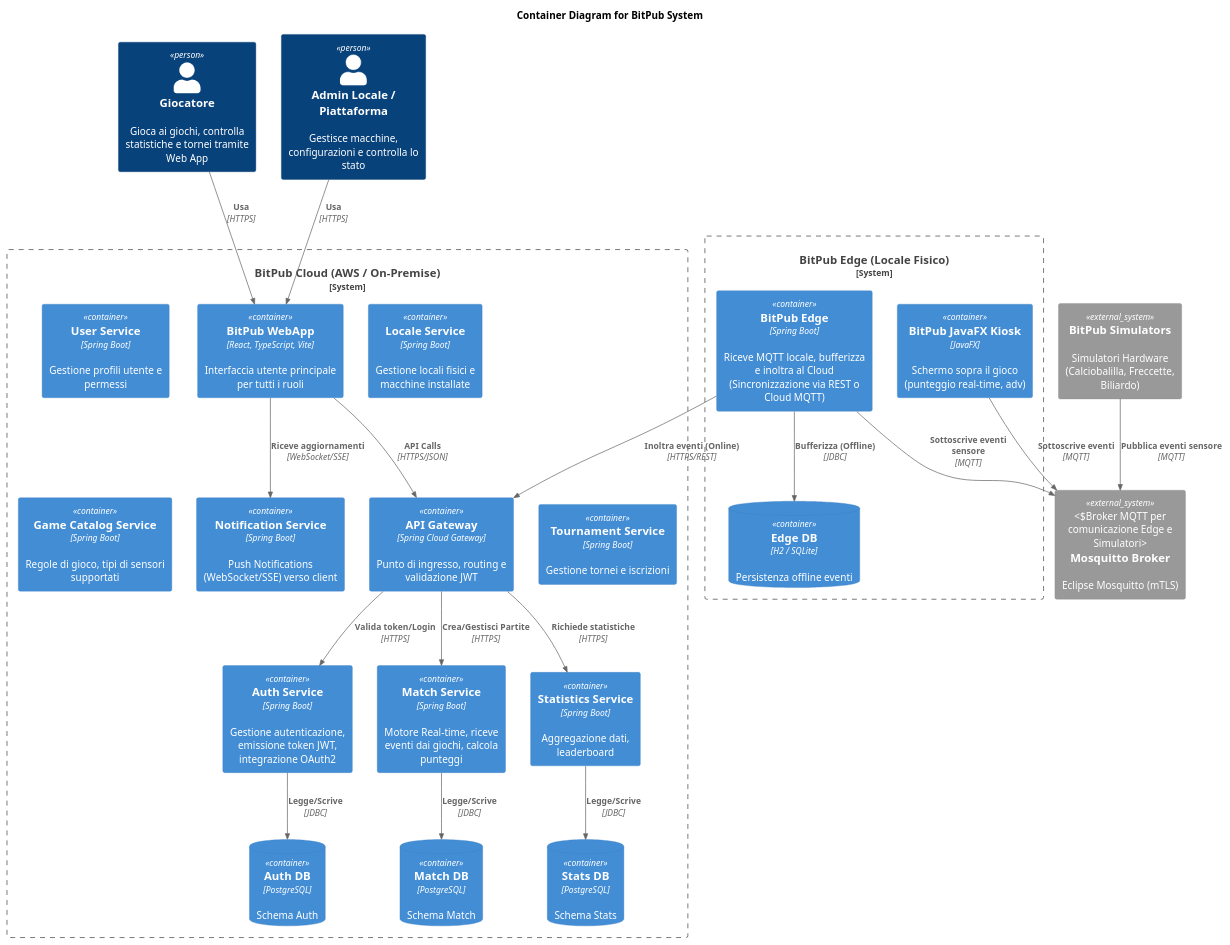
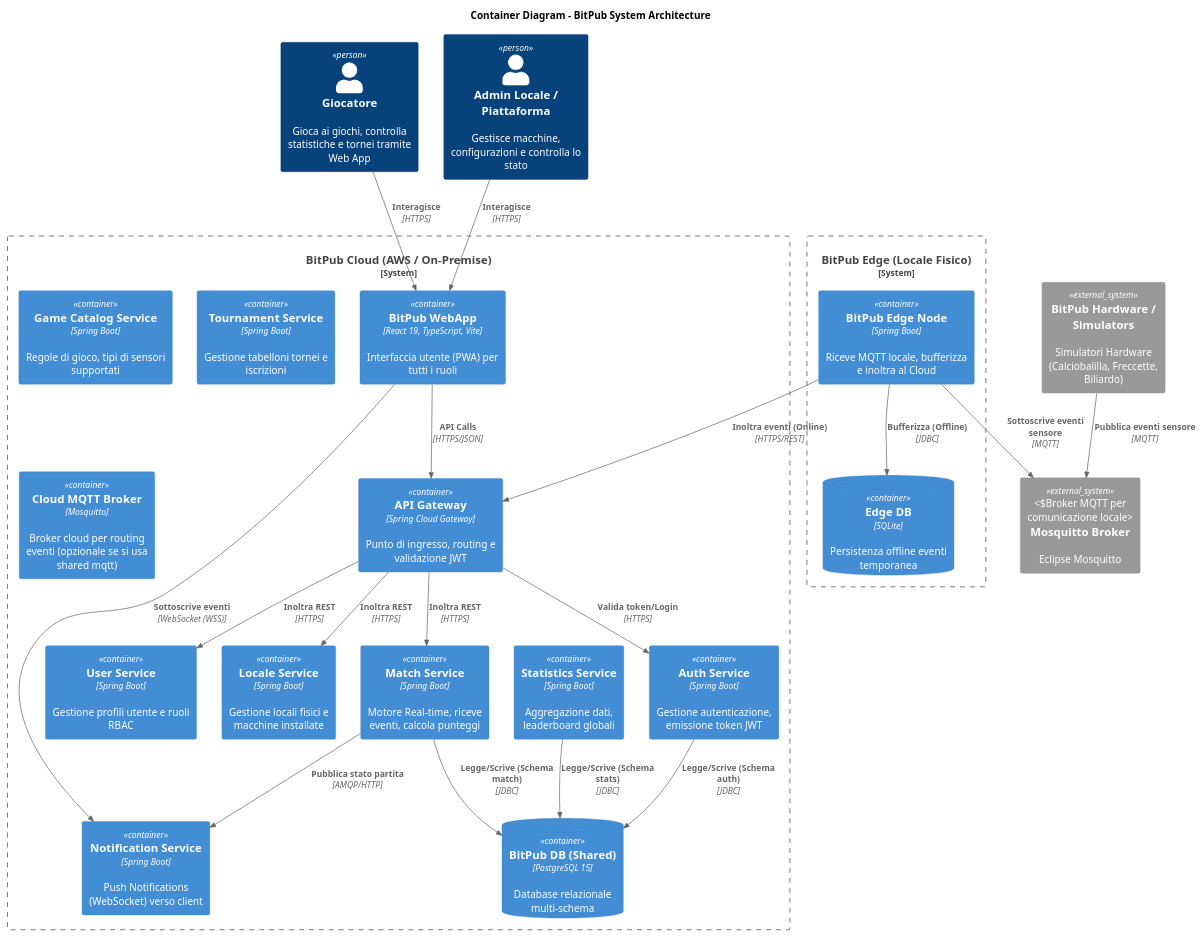
One commit to Stebs04/BitPub changed the diagram in docs/uml/package-diagram.puml. Above: the diagram before and after it, drawn with PlantUML. The commit also changed 31 other files, not shown here.

First line of the commit message:
Add unit test results for MqttBufferService and UML container diagram for team architecture

```diff
--- a/docs/uml/package-diagram.puml
+++ b/docs/uml/package-diagram.puml
@@ -1,57 +1,56 @@
 @startuml
 !include https://raw.githubusercontent.com/plantuml-stdlib/C4-PlantUML/master/C4_Container.puml
 
-title Container Diagram for BitPub System
+title Container Diagram - BitPub System Architecture
 
 Person(player, "Giocatore", "Gioca ai giochi, controlla statistiche e tornei tramite Web App")
 Person(admin, "Admin Locale / Piattaforma", "Gestisce macchine, configurazioni e controlla lo stato")
 
 System_Boundary(c1, "BitPub Cloud (AWS / On-Premise)") {
-    Container(webapp, "BitPub WebApp", "React, TypeScript, Vite", "Interfaccia utente principale per tutti i ruoli")
+    Container(webapp, "BitPub WebApp", "React 19, TypeScript, Vite", "Interfaccia utente (PWA) per tutti i ruoli")
     
     Container(gateway, "API Gateway", "Spring Cloud Gateway", "Punto di ingresso, routing e validazione JWT")
     
-    Container(auth_service, "Auth Service", "Spring Boot", "Gestione autenticazione, emissione token JWT, integrazione OAuth2")
-    Container(user_service, "User Service", "Spring Boot", "Gestione profili utente e permessi")
+    Container(auth_service, "Auth Service", "Spring Boot", "Gestione autenticazione, emissione token JWT")
+    Container(user_service, "User Service", "Spring Boot", "Gestione profili utente e ruoli RBAC")
     Container(locale_service, "Locale Service", "Spring Boot", "Gestione locali fisici e macchine installate")
     Container(catalog_service, "Game Catalog Service", "Spring Boot", "Regole di gioco, tipi di sensori supportati")
-    Container(match_service, "Match Service", "Spring Boot", "Motore Real-time, riceve eventi dai giochi, calcola punteggi")
-    Container(tournament_service, "Tournament Service", "Spring Boot", "Gestione tornei e iscrizioni")
-    Container(statistics_service, "Statistics Service", "Spring Boot", "Aggregazione dati, leaderboard")
-    Container(notification_service, "Notification Service", "Spring Boot", "Push Notifications (WebSocket/SSE) verso client")
+    Container(match_service, "Match Service", "Spring Boot", "Motore Real-time, riceve eventi, calcola punteggi")
+    Container(tournament_service, "Tournament Service", "Spring Boot", "Gestione tabelloni tornei e iscrizioni")
+    Container(statistics_service, "Statistics Service", "Spring Boot", "Aggregazione dati, leaderboard globali")
+    Container(notification_service, "Notification Service", "Spring Boot", "Push Notifications (WebSocket) verso client")
     
-    ContainerDb(db_auth, "Auth DB", "PostgreSQL", "Schema Auth")
-    ContainerDb(db_match, "Match DB", "PostgreSQL", "Schema Match")
-    ContainerDb(db_stats, "Stats DB", "PostgreSQL", "Schema Stats")
+    ContainerDb(db_pg, "BitPub DB (Shared)", "PostgreSQL 15", "Database relazionale multi-schema")
+    Container(cloud_mqtt, "Cloud MQTT Broker", "Mosquitto", "Broker cloud per routing eventi (opzionale se si usa shared mqtt)")
 }
 
 System_Boundary(c2, "BitPub Edge (Locale Fisico)") {
-    Container(edge_app, "BitPub Edge", "Spring Boot", "Riceve MQTT locale, bufferizza e inoltra al Cloud (Sincronizzazione via REST o Cloud MQTT)")
-    ContainerDb(db_edge, "Edge DB", "H2 / SQLite", "Persistenza offline eventi")
-    Container(kiosk, "BitPub JavaFX Kiosk", "JavaFX", "Schermo sopra il gioco (punteggio real-time, adv)")
+    Container(edge_app, "BitPub Edge Node", "Spring Boot", "Riceve MQTT locale, bufferizza e inoltra al Cloud")
+    ContainerDb(db_edge, "Edge DB", "SQLite", "Persistenza offline eventi temporanea")
 }
 
-System_Ext(simulators, "BitPub Simulators", "Simulatori Hardware (Calciobalilla, Freccette, Biliardo)")
-System_Ext(mqtt_broker, "Mosquitto Broker", "Eclipse Mosquitto (mTLS)", "Broker MQTT per comunicazione Edge e Simulatori")
+System_Ext(simulators, "BitPub Hardware / Simulators", "Simulatori Hardware (Calciobalilla, Freccette, Biliardo)")
+System_Ext(mqtt_broker, "Mosquitto Broker", "Eclipse Mosquitto", "Broker MQTT per comunicazione locale")
 
-Rel(player, webapp, "Usa", "HTTPS")
-Rel(admin, webapp, "Usa", "HTTPS")
+Rel(player, webapp, "Interagisce", "HTTPS")
+Rel(admin, webapp, "Interagisce", "HTTPS")
 
 Rel(webapp, gateway, "API Calls", "HTTPS/JSON")
-Rel(webapp, notification_service, "Riceve aggiornamenti", "WebSocket/SSE")
+Rel(webapp, notification_service, "Sottoscrive eventi", "WebSocket (WSS)")
 
 Rel(gateway, auth_service, "Valida token/Login", "HTTPS")
-Rel(gateway, match_service, "Crea/Gestisci Partite", "HTTPS")
-Rel(gateway, statistics_service, "Richiede statistiche", "HTTPS")
+Rel(gateway, match_service, "Inoltra REST", "HTTPS")
+Rel(gateway, user_service, "Inoltra REST", "HTTPS")
+Rel(gateway, locale_service, "Inoltra REST", "HTTPS")
 
-Rel(auth_service, db_auth, "Legge/Scrive", "JDBC")
-Rel(match_service, db_match, "Legge/Scrive", "JDBC")
-Rel(statistics_service, db_stats, "Legge/Scrive", "JDBC")
+Rel(auth_service, db_pg, "Legge/Scrive (Schema auth)", "JDBC")
+Rel(match_service, db_pg, "Legge/Scrive (Schema match)", "JDBC")
+Rel(statistics_service, db_pg, "Legge/Scrive (Schema stats)", "JDBC")
 
 Rel(simulators, mqtt_broker, "Pubblica eventi sensore", "MQTT")
-Rel(kiosk, mqtt_broker, "Sottoscrive eventi", "MQTT")
 Rel(edge_app, mqtt_broker, "Sottoscrive eventi sensore", "MQTT")
 Rel(edge_app, db_edge, "Bufferizza (Offline)", "JDBC")
 Rel(edge_app, gateway, "Inoltra eventi (Online)", "HTTPS/REST")
 
+Rel(match_service, notification_service, "Pubblica stato partita", "AMQP/HTTP")
 @enduml
```
